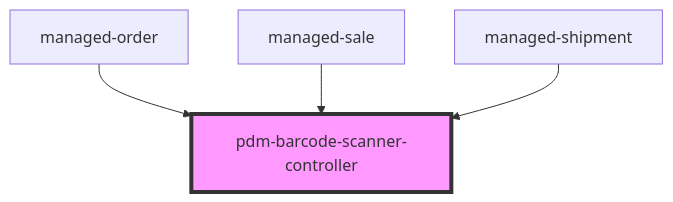
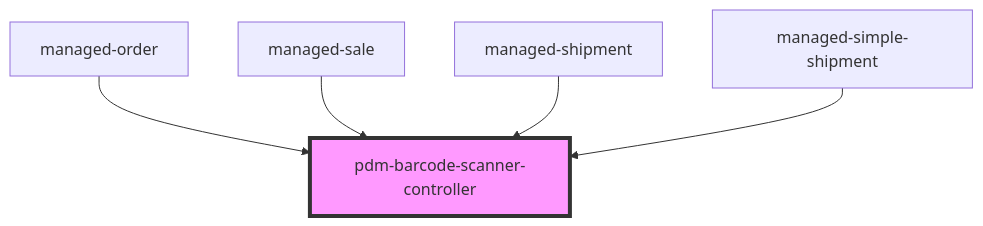
The diagram in pdm-web-components/src/components/pdm-barcode-scanner-controller/readme.md (PharmaLedger-IMI/fgt-workspace), drawn with Mermaid before and after one commit. The commit also changed other lines of this file and 23 other files, not shown here.

````diff
--- a/pdm-web-components/src/components/pdm-barcode-scanner-controller/readme.md
+++ b/pdm-web-components/src/components/pdm-barcode-scanner-controller/readme.md
@@ -68,7 +69,8 @@
 ```mermaid
 graph TD;
   managed-order --> pdm-barcode-scanner-controller
   managed-sale --> pdm-barcode-scanner-controller
   managed-shipment --> pdm-barcode-scanner-controller
+  managed-simple-shipment --> pdm-barcode-scanner-controller
   style pdm-barcode-scanner-controller fill:#f9f,stroke:#333,stroke-width:4px
 ```
````
